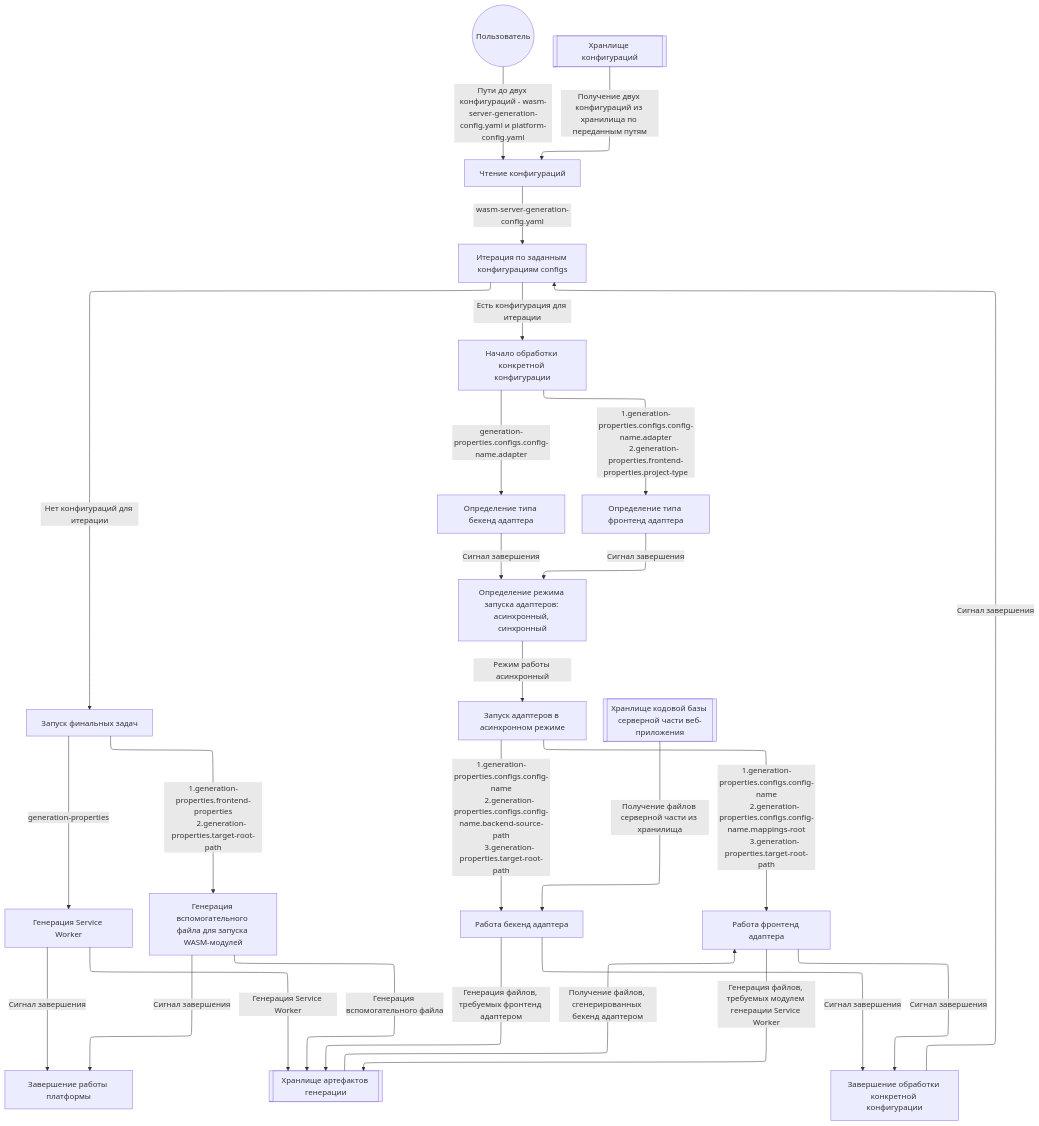
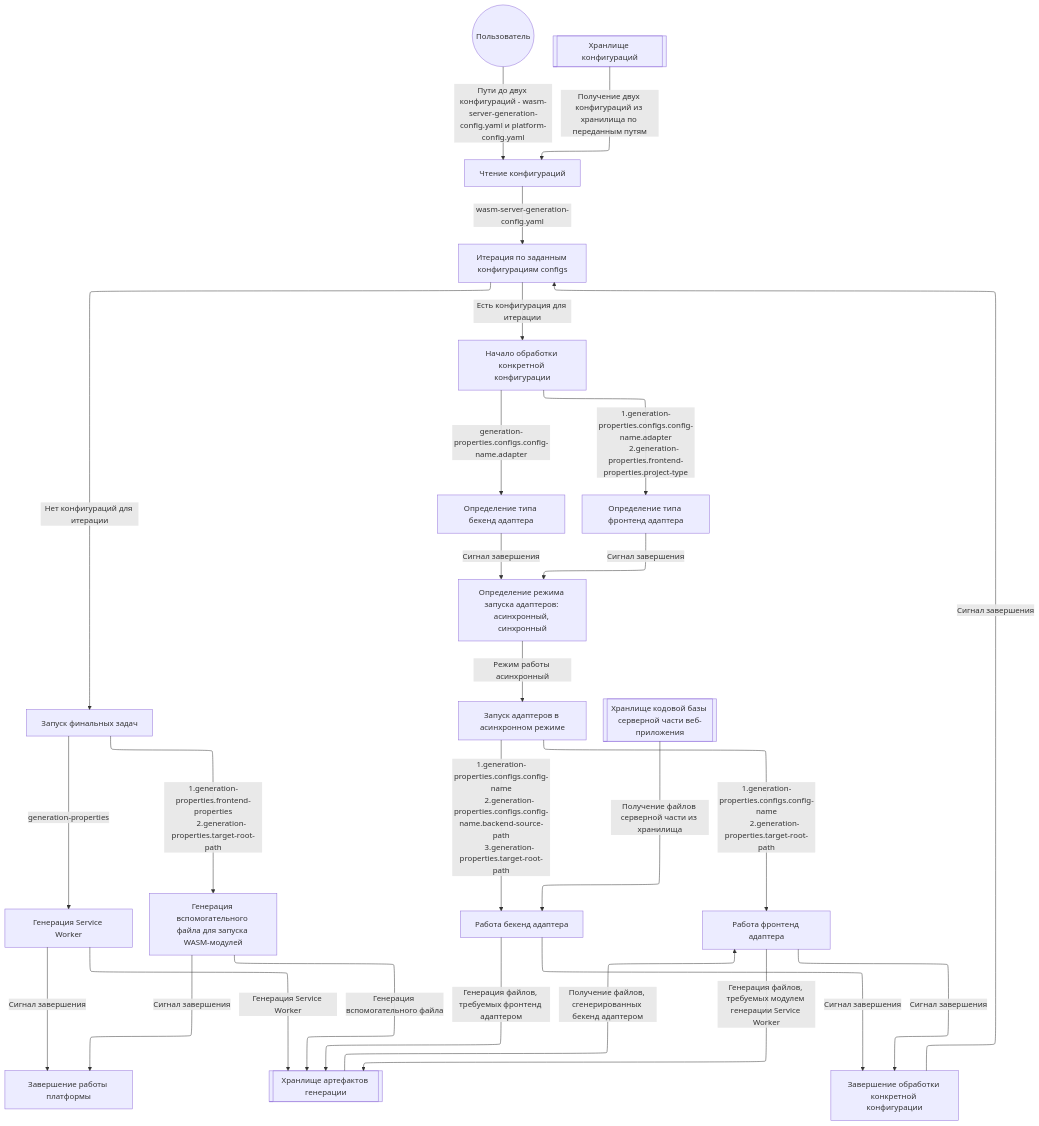
One commit to lantum1/wasm-mockgen changed the diagram in Диаграмма mermaid - асинхронная работа адаптеров платформы.md. Above: the diagram before and after it, drawn with Mermaid. The commit also changed 4 other files, not shown here.

Commit message:
Поправлен контракт фронтенд адаптера - внесены изменения в код и в архитектурную схему

````diff
--- a/Диаграмма mermaid - асинхронная работа адаптеров платформы.md
+++ b/Диаграмма mermaid - асинхронная работа адаптеров платформы.md
@@ -2,39 +2,38 @@
 ```mermaid
 ---
 config:
   layout: elk
 ---
 flowchart TD
     Пользователь(("Пользователь")) -- "Пути до двух конфигураций - wasm-server-generation-config.yaml и platform-config.yaml" --> P1["Чтение конфигураций"]
     D3[["Хранлище конфигураций"]] -- Получение двух конфигураций из хранилища по переданным путям--> P1
     P1 -- "wasm-server-generation-config.yaml" --> P9["Итерация по заданным конфигурациям configs"]
     P9 -- Есть конфигурация для итерации --> P10["Начало обработки конкретной конфигурации"]
     P9 -- Нет конфигураций для итерации --> P11["Запуск финальных задач"]
     P12["Завершение работы платформы"]
     P10 -- "generation-properties.configs.config-name.adapter" --> P2["Определение типа бекенд адаптера"]
     P10 -- "1.generation-properties.configs.config-name.adapter
         2.generation-properties.frontend-properties.project-type" --> P4["Определение типа фронтенд адаптера"]
     P2 -- Сигнал завершения --> P15["Определение режима запуска адаптеров: асинхронный, синхронный"]
     P4 -- Сигнал завершения --> P15
     P15 -- Режим работы асинхронный --> P14["Запуск адаптеров в асинхронном режиме"]
     P11 -- "generation-properties" --> P6["Генерация Service Worker"]
     P11 -- "1.generation-properties.frontend-properties
         2.generation-properties.target-root-path" --> P8["Генерация вспомогательного файла для запуска WASM-модулей"]
     P14 -- "1.generation-properties.configs.config-name
         2.generation-properties.configs.config-name.backend-source-path
         3.generation-properties.target-root-path" --> P3["Работа бекенд адаптера"]
     P14 -- "1.generation-properties.configs.config-name
-        2.generation-properties.configs.config-name.mappings-root
-        3.generation-properties.target-root-path" --> P5["Работа фронтенд адаптера"]
+        2.generation-properties.target-root-path" --> P5["Работа фронтенд адаптера"]
     P8 -- Cигнал завершения --> P12
     P8 -- Генерация вспомогательного файла --> D2[["Хранлище артефактов генерации"]]
     D4[["Хранлище кодовой базы серверной части веб-приложения"]] -- Получение файлов серверной части из хранилища --> P3
     D2 -- Получение файлов, сгенерированных бекенд адаптером --> P5
     P3 -- Генерация файлов, требуемых фронтенд адаптером --> D2
     P3 -- Сигнал завершения --> P7["Завершение обработки конкретной конфигурации"]
     P5 -- Генерация файлов, требуемых модулем генерации Service Worker --> D2
     P5 -- Сигнал завершения --> P7
     P6 -- Генерация Service Worker --> D2
     P6 -- Сигнал завершения --> P12
     P7 -- Сигнал завершения --> P9
 ```
````
